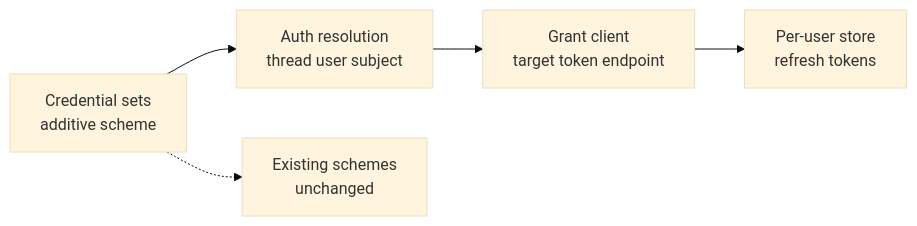
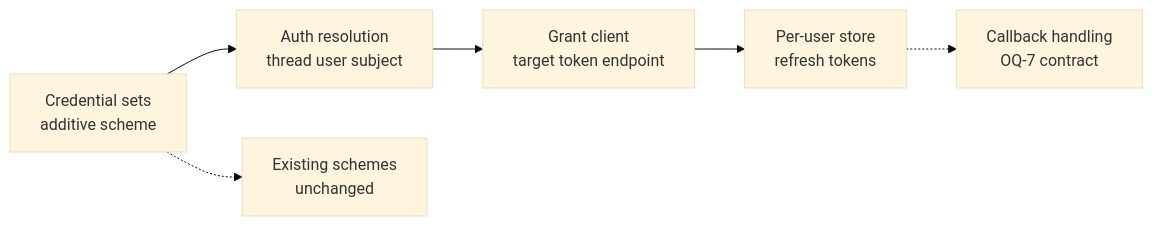
One commit to metasync/luban-aiops changed the fifth of 6 diagrams in .qoder/repowiki/en/content/Platform Overview/ADR-0015_ Outbound User-Delegated Identity via Per-User OAuth.md. Above: the diagram before and after it, drawn with Mermaid (base theme). The commit also changed other lines of this file and 24 other files, not shown here.

````diff
--- a/.qoder/repowiki/en/content/Platform Overview/ADR-0015_ Outbound User-Delegated Identity via Per-User OAuth.md
+++ b/.qoder/repowiki/en/content/Platform Overview/ADR-0015_ Outbound User-Delegated Identity via Per-User OAuth.md
@@ -218,7 +253,8 @@
 ```mermaid
 flowchart LR
 CS["Credential sets<br/>additive scheme"] --> AR["Auth resolution<br/>thread user subject"]
 AR --> GC["Grant client<br/>target token endpoint"]
 GC --> ST["Per-user store<br/>refresh tokens"]
 CS -.-> EX["Existing schemes<br/>unchanged"]
+ST -.-> CB["Callback handling<br/>OQ-7 contract"]
 ```
````
